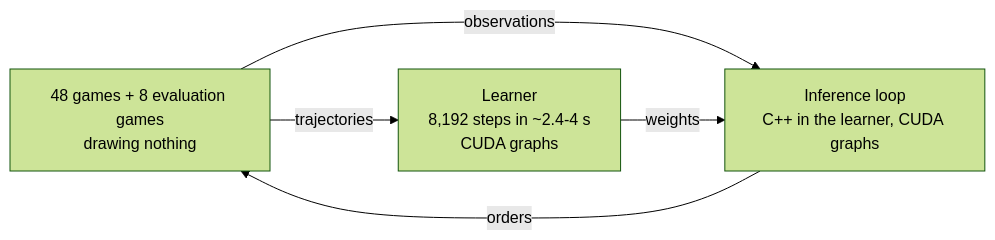
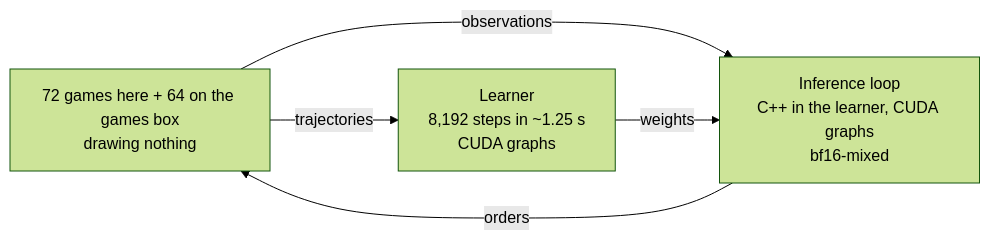
One commit to RobinKa/warcraftsim changed the second of 2 diagrams in docs/optimizations.md. Above: the diagram before and after it, drawn with Mermaid (forest theme). The commit also changed other lines of this file and 6 other files, not shown here.

First line of the commit message:
Docs: optimizations, architecture and model brought up to date; the speed limit corrected

````diff
--- a/docs/optimizations.md
+++ b/docs/optimizations.md
@@ -23,7 +23,7 @@
 ```mermaid
 flowchart LR
-  G["48 games + 8 evaluation games<br/>drawing nothing"] -- "observations" --> I["Inference loop<br/>C++ in the learner, CUDA graphs"]
+  G["72 games here + 64 on the games box<br/>drawing nothing"] -- "observations" --> I["Inference loop<br/>C++ in the learner, CUDA graphs<br/>bf16-mixed"]
   I -- "orders" --> G
-  G -- "trajectories" --> L["Learner<br/>8,192 steps in ~2.4-4 s<br/>CUDA graphs"]
+  G -- "trajectories" --> L["Learner<br/>8,192 steps in ~1.25 s<br/>CUDA graphs"]
   L -- "weights" --> I
 ```
````
